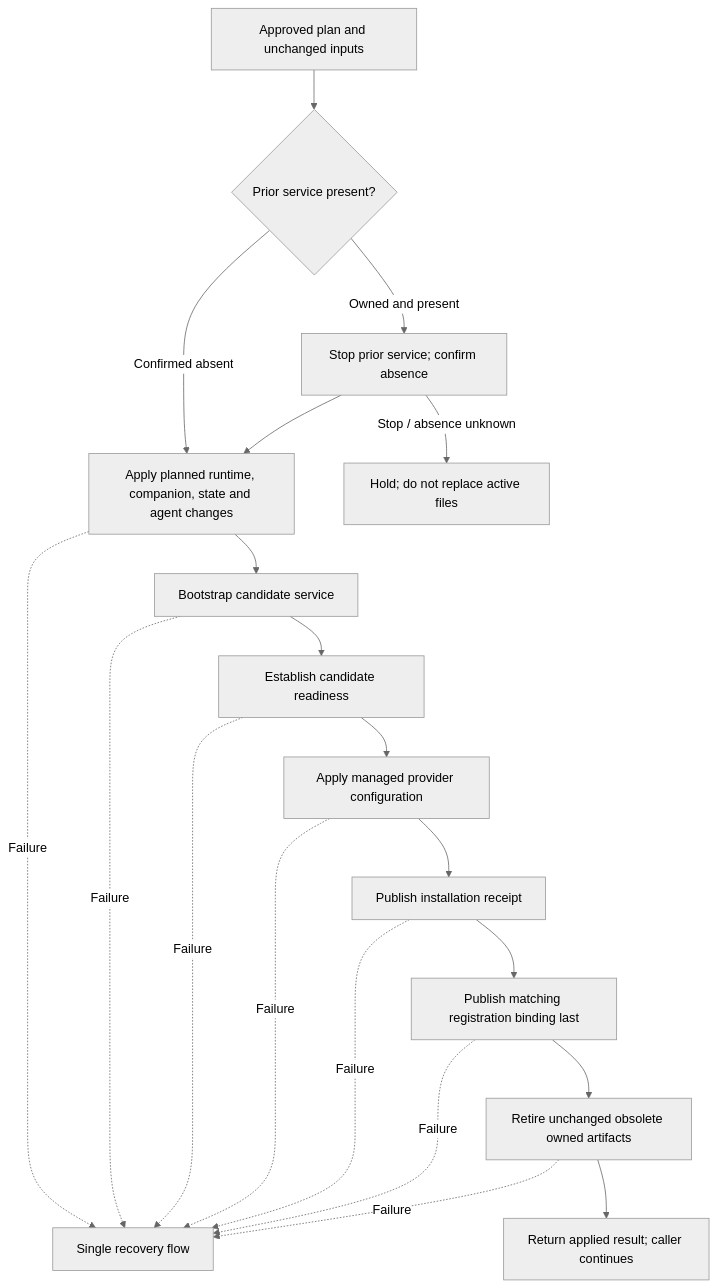
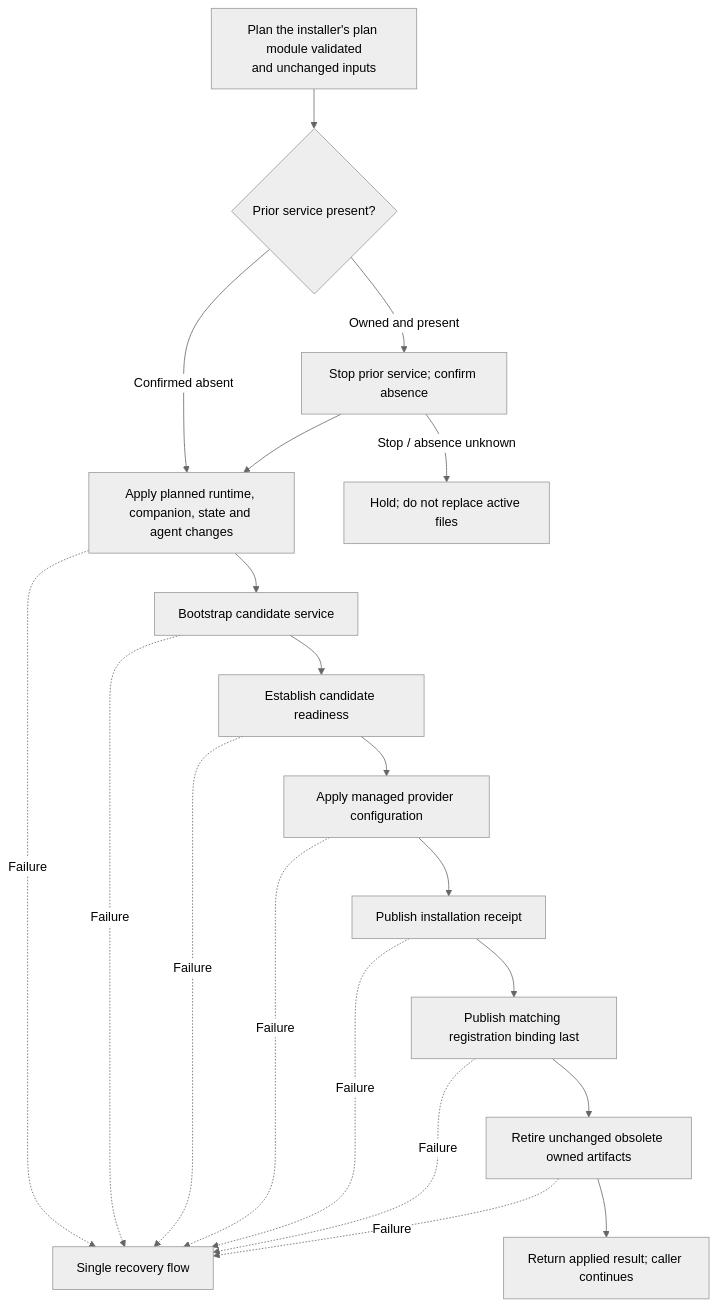
One commit to AidALL/ghost-alice changed the fourth of 6 diagrams in docs/coding-convention/specs/2026-10-15-gateway-installer-design.md. Above: the diagram before and after it, drawn with Mermaid (neutral theme). The commit also changed other lines of this file and 221 other files, not shown here.

````diff
--- a/docs/coding-convention/specs/2026-10-15-gateway-installer-design.md
+++ b/docs/coding-convention/specs/2026-10-15-gateway-installer-design.md
@@ -154,22 +154,22 @@
 ```mermaid
 flowchart TD
-    P["Approved plan and unchanged inputs"] --> S{"Prior service present?"}
+    P["Plan the installer's plan module validated<br/>and unchanged inputs"] --> S{"Prior service present?"}
     S -->|"Owned and present"| STOP["Stop prior service; confirm absence"]
     S -->|"Confirmed absent"| APPLY["Apply planned runtime, companion, state and agent changes"]
     STOP --> APPLY
     STOP -->|"Stop / absence unknown"| HOLD["Hold; do not replace active files"]
     APPLY --> START["Bootstrap candidate service"]
     START --> READY["Establish candidate readiness"]
     READY --> CONFIG["Apply managed provider configuration"]
     CONFIG --> RECEIPT["Publish installation receipt"]
     RECEIPT --> BIND["Publish matching registration binding last"]
     BIND --> OLD["Retire unchanged obsolete owned artifacts"]
     OLD --> DONE["Return applied result; caller continues"]
     APPLY -. "Failure" .-> REC["Single recovery flow"]
     START -. "Failure" .-> REC
     READY -. "Failure" .-> REC
     CONFIG -. "Failure" .-> REC
     RECEIPT -. "Failure" .-> REC
     BIND -. "Failure" .-> REC
     OLD -. "Failure" .-> REC
 ```
````
